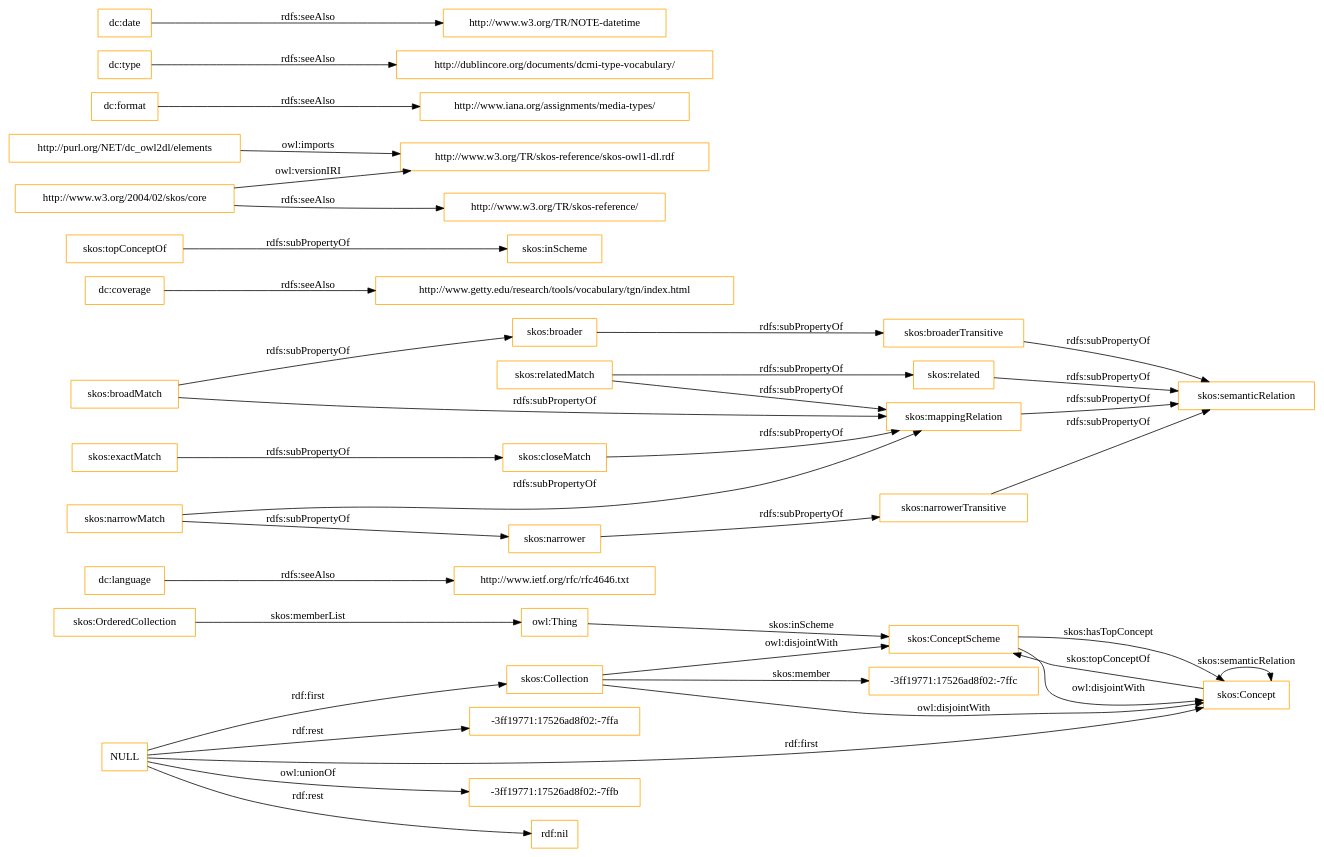
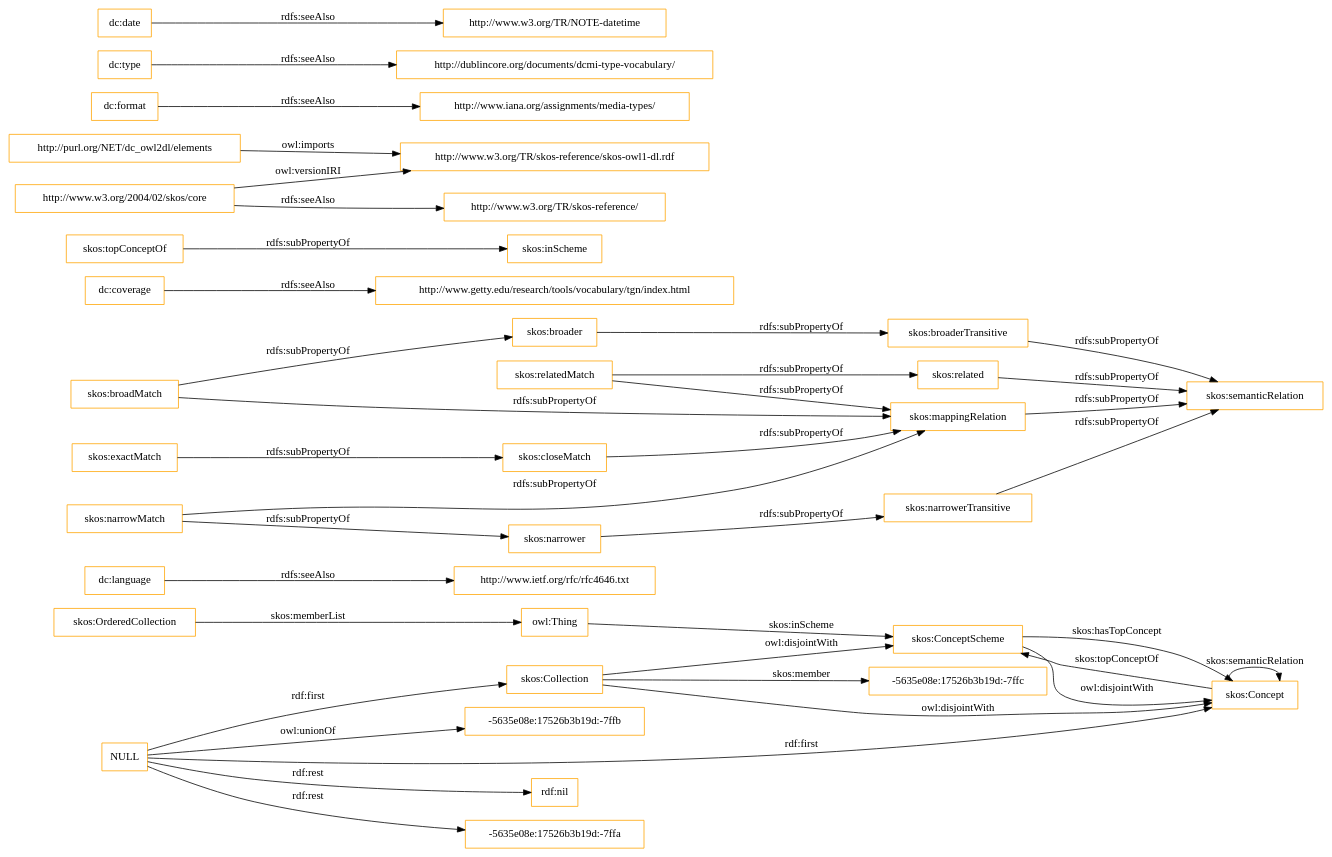
Before and after one commit to OnToologyUser/core-ontology-1: the diagram in OnToology/imports/elements.owl/diagrams/ar2dtool-class/elements.owl.png.dot, drawn with Graphviz. The commit also changed 14 other files, not shown here.

```diff
--- a/OnToology/imports/elements.owl/diagrams/ar2dtool-class/elements.owl.png.dot
+++ b/OnToology/imports/elements.owl/diagrams/ar2dtool-class/elements.owl.png.dot
@@ -1,43 +1,43 @@
 digraph ar2dtool_diagram { 
 rankdir=LR;
 size="1501"
-node [shape = rectangle, color="orange"]; "-3ff19771:17526ad8f02:-7ffc" "skos:OrderedCollection" "skos:Collection" "skos:ConceptScheme" "skos:Concept" ; /*classes style*/
+node [shape = rectangle, color="orange"]; "-5635e08e:17526b3b19d:-7ffc" "skos:OrderedCollection" "skos:Collection" "skos:ConceptScheme" "skos:Concept" ; /*classes style*/
 	"dc:language" -> "http://www.ietf.org/rfc/rfc4646.txt" [ label = "rdfs:seeAlso" ];
-	"NULL" -> "-3ff19771:17526ad8f02:-7ffb" [ label = "owl:unionOf" ];
 	"NULL" -> "rdf:nil" [ label = "rdf:rest" ];
 	"NULL" -> "skos:Collection" [ label = "rdf:first" ];
-	"NULL" -> "-3ff19771:17526ad8f02:-7ffa" [ label = "rdf:rest" ];
+	"NULL" -> "-5635e08e:17526b3b19d:-7ffa" [ label = "rdf:rest" ];
 	"NULL" -> "skos:Concept" [ label = "rdf:first" ];
+	"NULL" -> "-5635e08e:17526b3b19d:-7ffb" [ label = "owl:unionOf" ];
 	"skos:closeMatch" -> "skos:mappingRelation" [ label = "rdfs:subPropertyOf" ];
 	"dc:coverage" -> "http://www.getty.edu/research/tools/vocabulary/tgn/index.html" [ label = "rdfs:seeAlso" ];
 	"skos:relatedMatch" -> "skos:related" [ label = "rdfs:subPropertyOf" ];
 	"skos:relatedMatch" -> "skos:mappingRelation" [ label = "rdfs:subPropertyOf" ];
 	"skos:ConceptScheme" -> "skos:Concept" [ label = "owl:disjointWith" ];
 	"skos:related" -> "skos:semanticRelation" [ label = "rdfs:subPropertyOf" ];
 	"skos:topConceptOf" -> "skos:inScheme" [ label = "rdfs:subPropertyOf" ];
 	"skos:broadMatch" -> "skos:broader" [ label = "rdfs:subPropertyOf" ];
 	"skos:broadMatch" -> "skos:mappingRelation" [ label = "rdfs:subPropertyOf" ];
 	"http://purl.org/NET/dc_owl2dl/elements" -> "http://www.w3.org/TR/skos-reference/skos-owl1-dl.rdf" [ label = "owl:imports" ];
 	"skos:exactMatch" -> "skos:closeMatch" [ label = "rdfs:subPropertyOf" ];
 	"dc:format" -> "http://www.iana.org/assignments/media-types/" [ label = "rdfs:seeAlso" ];
 	"skos:broaderTransitive" -> "skos:semanticRelation" [ label = "rdfs:subPropertyOf" ];
 	"dc:type" -> "http://dublincore.org/documents/dcmi-type-vocabulary/" [ label = "rdfs:seeAlso" ];
 	"skos:broader" -> "skos:broaderTransitive" [ label = "rdfs:subPropertyOf" ];
 	"skos:mappingRelation" -> "skos:semanticRelation" [ label = "rdfs:subPropertyOf" ];
 	"http://www.w3.org/2004/02/skos/core" -> "http://www.w3.org/TR/skos-reference/skos-owl1-dl.rdf" [ label = "owl:versionIRI" ];
 	"http://www.w3.org/2004/02/skos/core" -> "http://www.w3.org/TR/skos-reference/" [ label = "rdfs:seeAlso" ];
 	"skos:Collection" -> "skos:ConceptScheme" [ label = "owl:disjointWith" ];
 	"skos:Collection" -> "skos:Concept" [ label = "owl:disjointWith" ];
 	"skos:narrowMatch" -> "skos:narrower" [ label = "rdfs:subPropertyOf" ];
 	"skos:narrowMatch" -> "skos:mappingRelation" [ label = "rdfs:subPropertyOf" ];
 	"skos:narrower" -> "skos:narrowerTransitive" [ label = "rdfs:subPropertyOf" ];
 	"dc:date" -> "http://www.w3.org/TR/NOTE-datetime" [ label = "rdfs:seeAlso" ];
 	"skos:narrowerTransitive" -> "skos:semanticRelation" [ label = "rdfs:subPropertyOf" ];
 	"skos:OrderedCollection" -> "owl:Thing" [ label = "skos:memberList" ];
 	"skos:Concept" -> "skos:ConceptScheme" [ label = "skos:topConceptOf" ];
 	"skos:Concept" -> "skos:Concept" [ label = "skos:semanticRelation" ];
-	"skos:Collection" -> "-3ff19771:17526ad8f02:-7ffc" [ label = "skos:member" ];
+	"skos:Collection" -> "-5635e08e:17526b3b19d:-7ffc" [ label = "skos:member" ];
 	"skos:ConceptScheme" -> "skos:Concept" [ label = "skos:hasTopConcept" ];
 	"owl:Thing" -> "skos:ConceptScheme" [ label = "skos:inScheme" ];
 
 }
```
